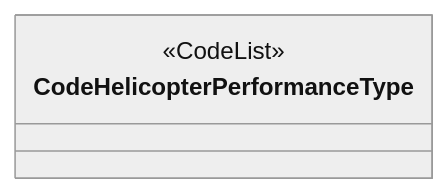
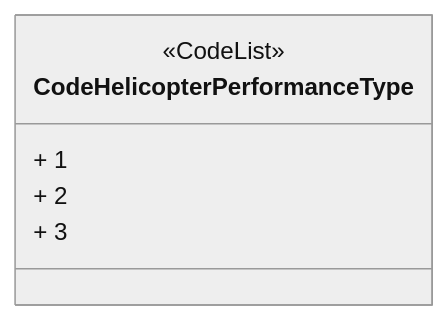
One commit to hlepori/testAIRM changed diagram 36 of 46 in README.md. Above: the diagram before and after it, drawn with Mermaid (neutral theme). The commit also changed other lines of this file, not shown here.

````diff
--- a/README.md
+++ b/README.md
@@ -745,5 +831,8 @@
 ```mermaid	
 classDiagram	
 class CodeHelicopterPerformanceType	
 <<CodeList>> CodeHelicopterPerformanceType	
+CodeHelicopterPerformanceType : + 1	
+CodeHelicopterPerformanceType : + 2	
+CodeHelicopterPerformanceType : + 3	
 ```	
````
